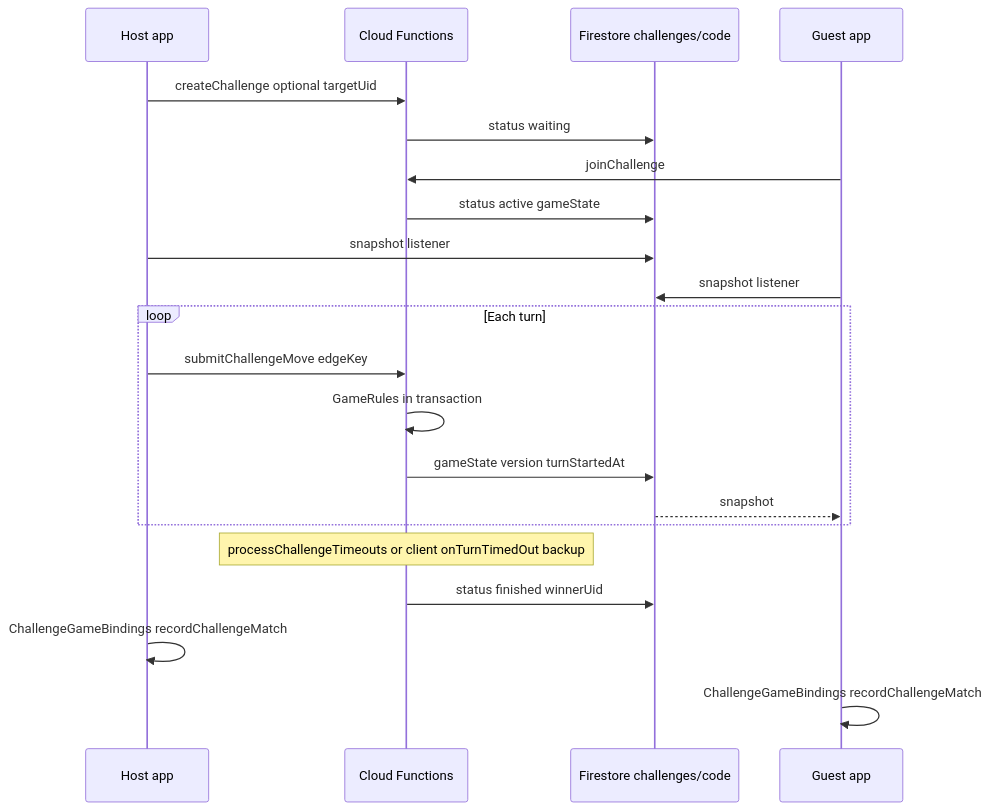
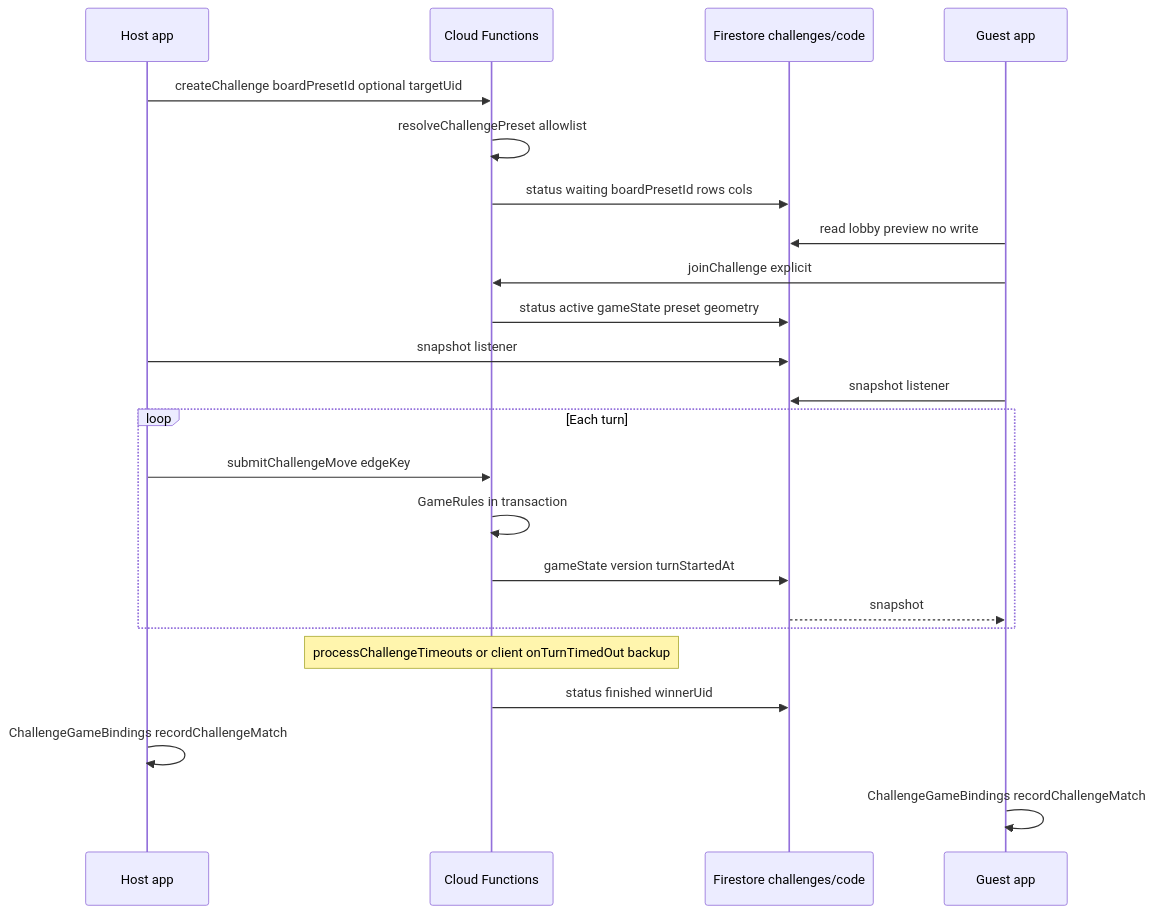
Before and after one commit to vividmemories-games/Dot_Clash: the fifth of 10 diagrams in docs/architecture.md, drawn with Mermaid. The commit also changed other lines of this file and 30 other files, not shown here.

````diff
--- a/docs/architecture.md
+++ b/docs/architecture.md
@@ -237,24 +238,26 @@
 ```mermaid
 sequenceDiagram
   participant A as Host app
   participant CF as Cloud Functions
   participant FS as Firestore challenges/code
   participant B as Guest app
 
-  A->>CF: createChallenge optional targetUid
-  CF->>FS: status waiting
-  B->>CF: joinChallenge
-  CF->>FS: status active gameState
+  A->>CF: createChallenge boardPresetId optional targetUid
+  CF->>CF: resolveChallengePreset allowlist
+  CF->>FS: status waiting boardPresetId rows cols
+  B->>FS: read lobby preview no write
+  B->>CF: joinChallenge explicit
+  CF->>FS: status active gameState preset geometry
   A->>FS: snapshot listener
   B->>FS: snapshot listener
   loop Each turn
     A->>CF: submitChallengeMove edgeKey
     CF->>CF: GameRules in transaction
     CF->>FS: gameState version turnStartedAt
     FS-->>B: snapshot
   end
   Note over CF: processChallengeTimeouts or client onTurnTimedOut backup
   CF->>FS: status finished winnerUid
   A->>A: ChallengeGameBindings recordChallengeMatch
   B->>B: ChallengeGameBindings recordChallengeMatch
 ```
````
